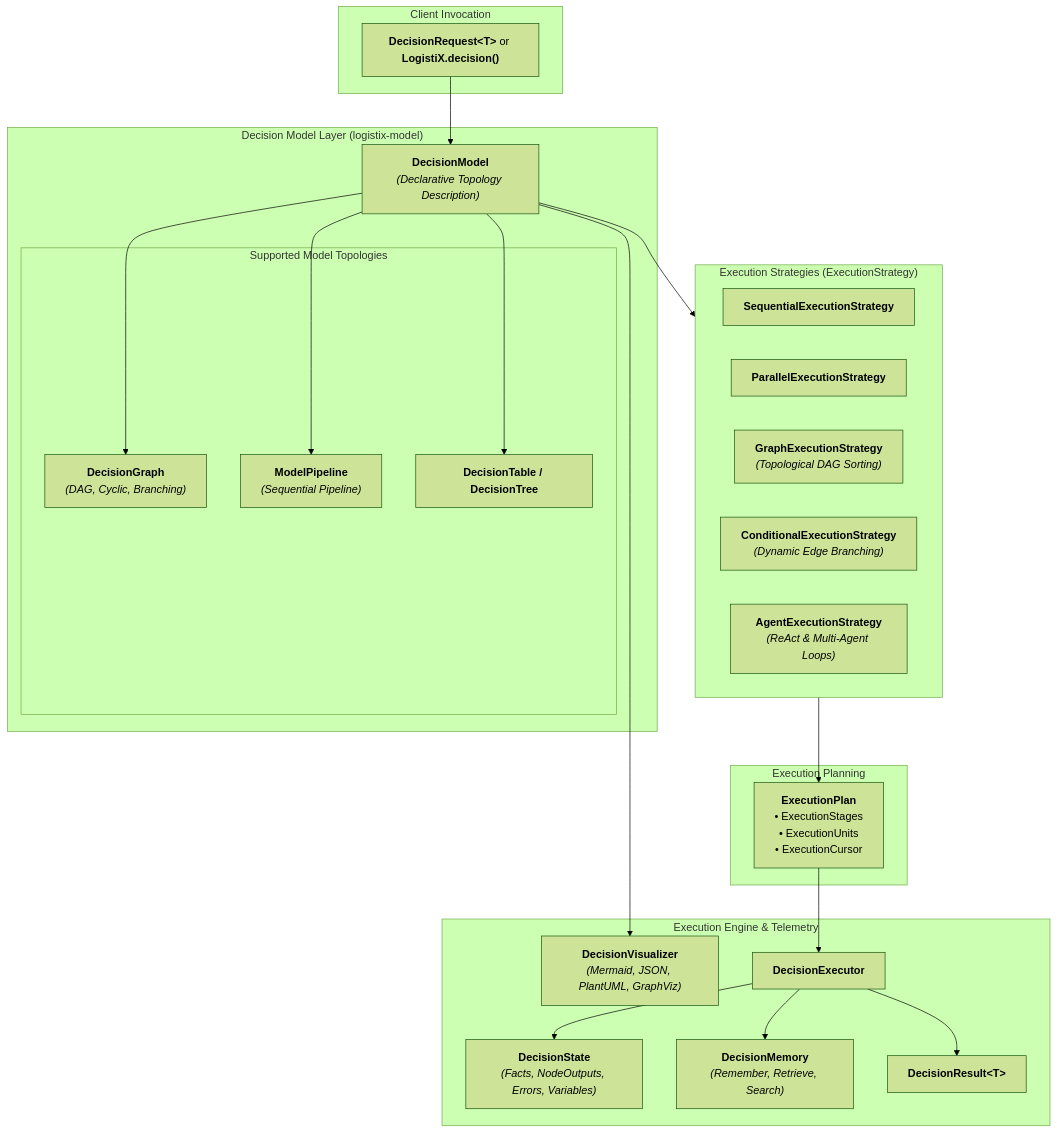
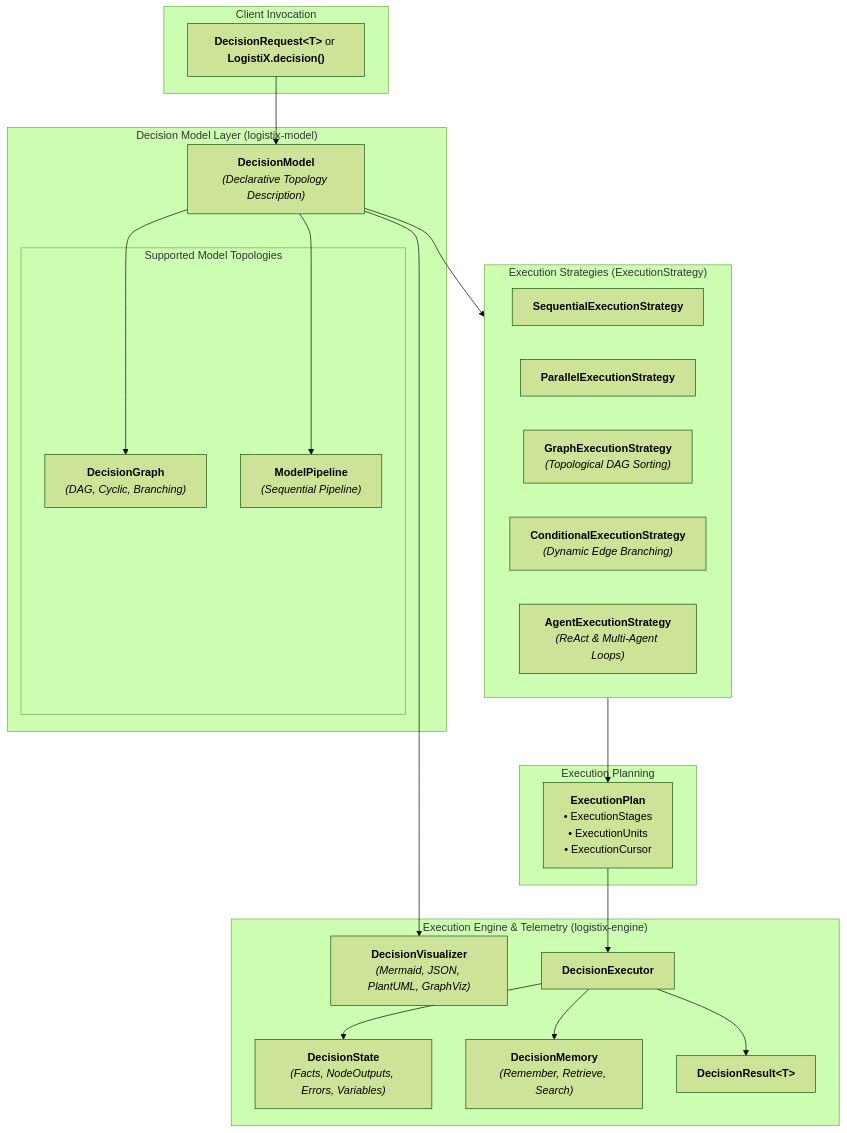
The first of 2 diagrams in architecture/ARCHITECTURE.md (venukommu/LogistiX), drawn with Mermaid (forest theme) before and after one commit. The commit also changed other lines of this file and 17 other files, not shown here.

First line of the commit message:
refactor(arch): architectural hardening and consolidation for Release Candidate 1

````diff
--- a/architecture/ARCHITECTURE.md
+++ b/architecture/ARCHITECTURE.md
@@ -15,49 +15,47 @@
 ```mermaid
 flowchart TD
     subgraph Client ["Client Invocation"]
         REQ["<b>DecisionRequest&lt;T&gt;</b> or <b>LogistiX.decision()</b>"]
     end
 
     subgraph ModelLayer ["Decision Model Layer (logistix-model)"]
         DM["<b>DecisionModel</b><br/><i>(Declarative Topology Description)</i>"]
         
         subgraph Topologies ["Supported Model Topologies"]
             DG["<b>DecisionGraph</b><br/><i>(DAG, Cyclic, Branching)</i>"]
             DP["<b>ModelPipeline</b><br/><i>(Sequential Pipeline)</i>"]
-            DT["<b>DecisionTable / DecisionTree</b>"]
         end
         
         DM --> DG
         DM --> DP
-        DM --> DT
     end
 
     subgraph StrategyLayer ["Execution Strategies (ExecutionStrategy)"]
         S_SEQ["<b>SequentialExecutionStrategy</b>"]
         S_PAR["<b>ParallelExecutionStrategy</b>"]
         S_GRA["<b>GraphExecutionStrategy</b><br/><i>(Topological DAG Sorting)</i>"]
         S_CON["<b>ConditionalExecutionStrategy</b><br/><i>(Dynamic Edge Branching)</i>"]
         S_AGE["<b>AgentExecutionStrategy</b><br/><i>(ReAct & Multi-Agent Loops)</i>"]
     end
 
     subgraph Planning ["Execution Planning"]
         PLAN["<b>ExecutionPlan</b><br/>• ExecutionStages<br/>• ExecutionUnits<br/>• ExecutionCursor"]
     end
 
-    subgraph Runtime ["Execution Engine & Telemetry"]
+    subgraph Runtime ["Execution Engine & Telemetry (logistix-engine)"]
         STATE["<b>DecisionState</b><br/><i>(Facts, NodeOutputs, Errors, Variables)</i>"]
         MEM["<b>DecisionMemory</b><br/><i>(Remember, Retrieve, Search)</i>"]
         VIS["<b>DecisionVisualizer</b><br/><i>(Mermaid, JSON, PlantUML, GraphViz)</i>"]
         EXEC["<b>DecisionExecutor</b>"]
         RES["<b>DecisionResult&lt;T&gt;</b>"]
     end
 
     REQ --> DM
     DM --> StrategyLayer
     StrategyLayer --> PLAN
     PLAN --> EXEC
     EXEC --> STATE
     EXEC --> MEM
     EXEC --> RES
     DM --> VIS
 ```
````
